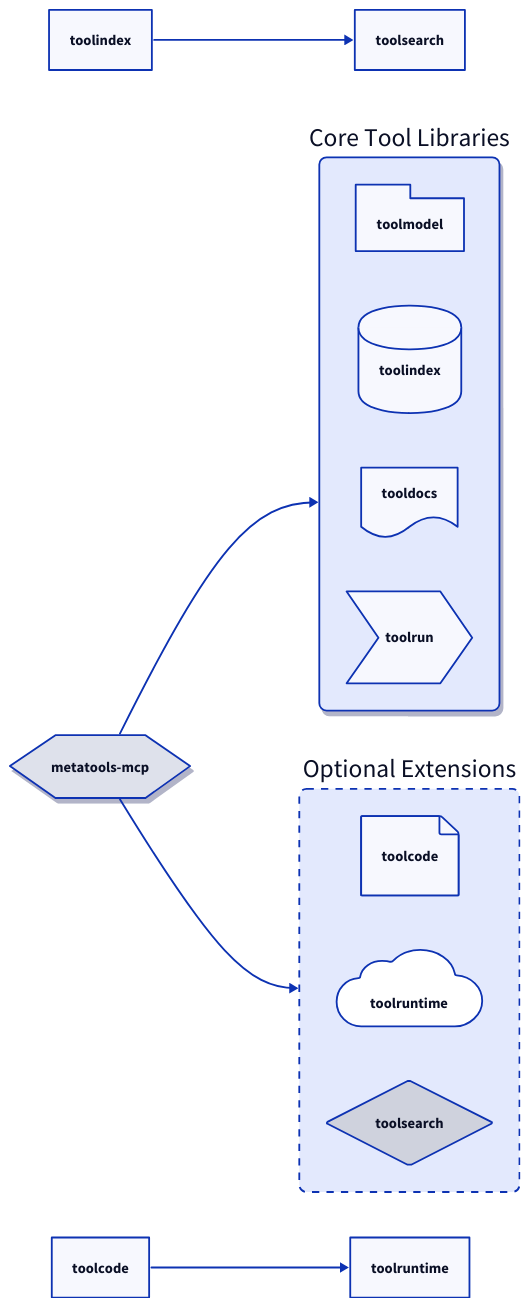
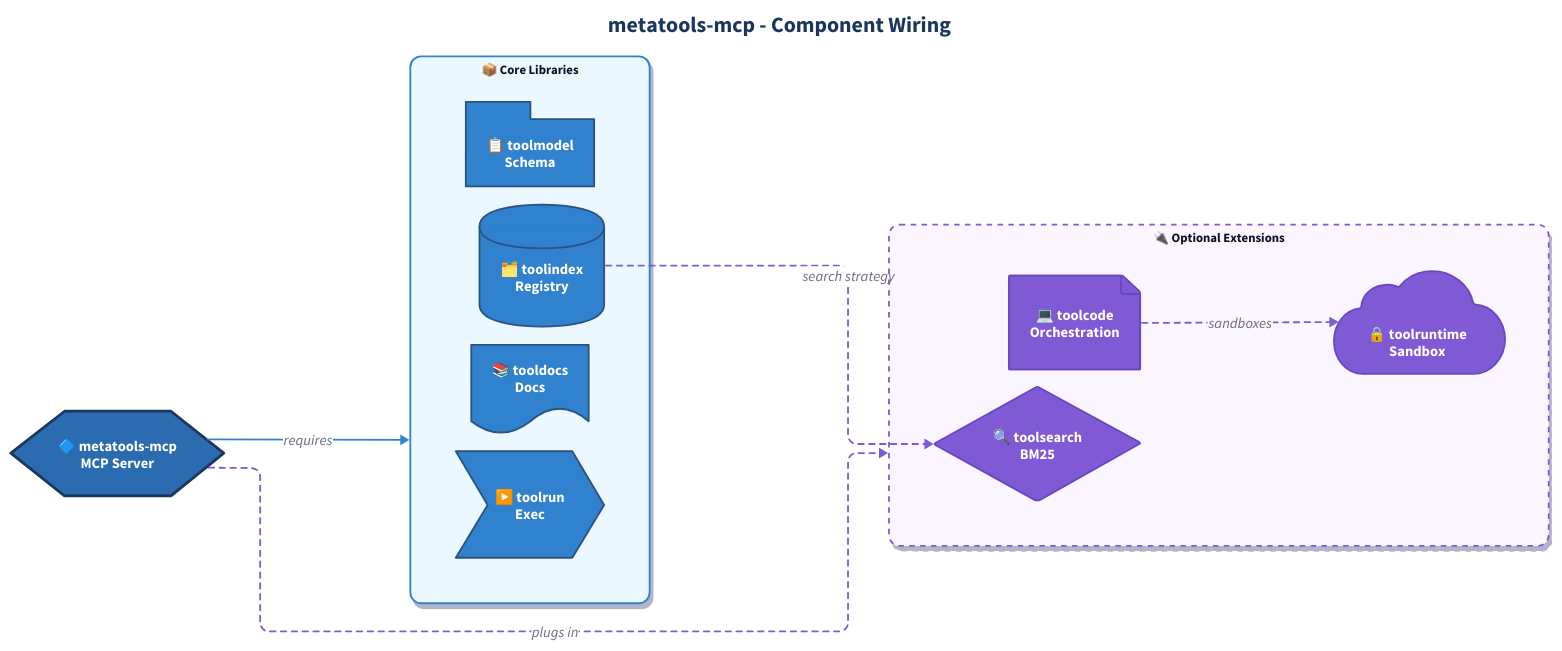
Before and after one commit to jonwraymond/metatools-mcp: the diagram in docs/diagrams/component-wiring.d2, drawn with D2. The commit also changed 7 other files, not shown here.

Commit message:
docs(metatools-mcp): refresh diagrams

```diff
--- a/docs/diagrams/component-wiring.d2
+++ b/docs/diagrams/component-wiring.d2
@@ -1,43 +1,144 @@
+# metatools-mcp Component Wiring
+# Library dependencies and extensions
+
 direction: right
 
-style: {
-  font-size: 14
+vars: {
+  d2-config: {
+    layout-engine: elk
+    theme-id: 0
+  }
+  surface-fill: "#2b6cb0"
+  core-fill: "#3182ce"
+  optional-fill: "#805ad5"
 }
 
-metatools: "metatools-mcp" {
-  shape: hexagon
-  style: { shadow: true }
+classes: {
+  container: {
+    style: {
+      border-radius: 12
+      shadow: true
+      font-size: 14
+      bold: true
+    }
+  }
+  surface-node: {
+    style: {
+      fill: ${surface-fill}
+      stroke: "#1a365d"
+      stroke-width: 3
+      font-color: "#fff"
+    }
+  }
+  core-node: {
+    style: {
+      fill: ${core-fill}
+      stroke: "#2c5282"
+      stroke-width: 2
+      font-color: "#fff"
+    }
+  }
+  optional-node: {
+    style: {
+      fill: ${optional-fill}
+      stroke: "#6b46c1"
+      stroke-width: 2
+      font-color: "#fff"
+    }
+  }
+  core-flow: {
+    style: {
+      stroke: ${core-fill}
+      stroke-width: 2
+    }
+  }
+  optional-flow: {
+    style: {
+      stroke: ${optional-fill}
+      stroke-width: 2
+      stroke-dash: 3
+    }
+  }
 }
 
-core: {
-  label: "Core Tool Libraries"
+# Title
+title: "metatools-mcp - Component Wiring" {
+  shape: text
+  near: top-center
   style: {
-    border-radius: 8
-    shadow: true
-    stroke-width: 2
+    font-size: 24
+    bold: true
+    font-color: "#1a365d"
+  }
+}
+
+# MCP Server
+metatools: "🔷 metatools-mcp\nMCP Server" {
+  shape: hexagon
+  class: surface-node
+}
+
+# Core Libraries
+core: "📦 Core Libraries" {
+  class: container
+  style: {
+    fill: "#ebf8ff"
+    stroke: ${core-fill}
   }
 
-  toolmodel: { shape: package }
-  toolindex: { shape: cylinder }
-  tooldocs: { shape: document }
-  toolrun: { shape: step }
+  toolmodel: "📋 toolmodel\nSchema" {
+    shape: package
+    class: core-node
+  }
+  toolindex: "🗂️ toolindex\nRegistry" {
+    shape: cylinder
+    class: core-node
+  }
+  tooldocs: "📚 tooldocs\nDocs" {
+    shape: document
+    class: core-node
+  }
+  toolrun: "▶️ toolrun\nExec" {
+    shape: step
+    class: core-node
+  }
 }
 
-optional: {
-  label: "Optional Extensions"
+# Optional Extensions
+optional: "🔌 Optional Extensions" {
+  class: container
   style: {
-    border-radius: 8
-    stroke-dash: 4
+    fill: "#faf5ff"
+    stroke: ${optional-fill}
+    stroke-dash: 3
   }
 
-  toolcode: { shape: page }
-  toolruntime: { shape: cloud }
-  toolsearch: { shape: diamond }
+  toolcode: "💻 toolcode\nOrchestration" {
+    shape: page
+    class: optional-node
+  }
+  toolruntime: "🔒 toolruntime\nSandbox" {
+    shape: cloud
+    class: optional-node
+  }
+  toolsearch: "🔍 toolsearch\nBM25" {
+    shape: diamond
+    class: optional-node
+  }
 }
 
-metatools -> core
-metatools -> optional
+# Connections
+metatools -> core: "requires" {
+  class: core-flow
+}
+metatools -> optional: "plugs in" {
+  class: optional-flow
+}
 
-toolindex -> toolsearch
+core.toolindex -> optional.toolsearch: "search strategy" {
+  class: optional-flow
+}
 
-toolcode -> toolruntime
+optional.toolcode -> optional.toolruntime: "sandboxes" {
+  class: optional-flow
+}
```
